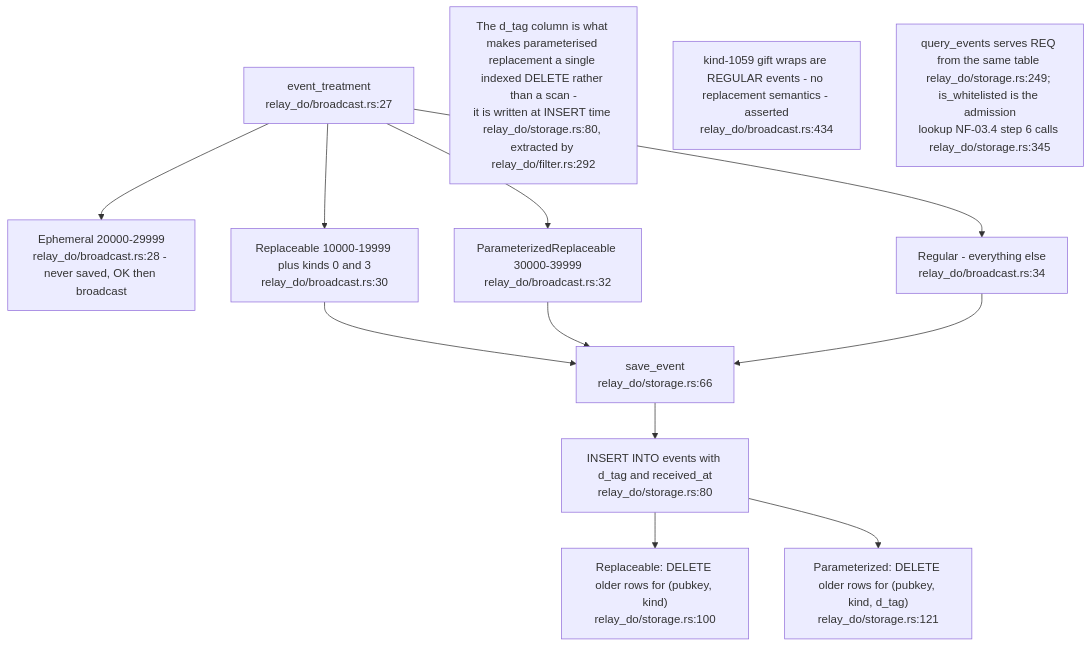
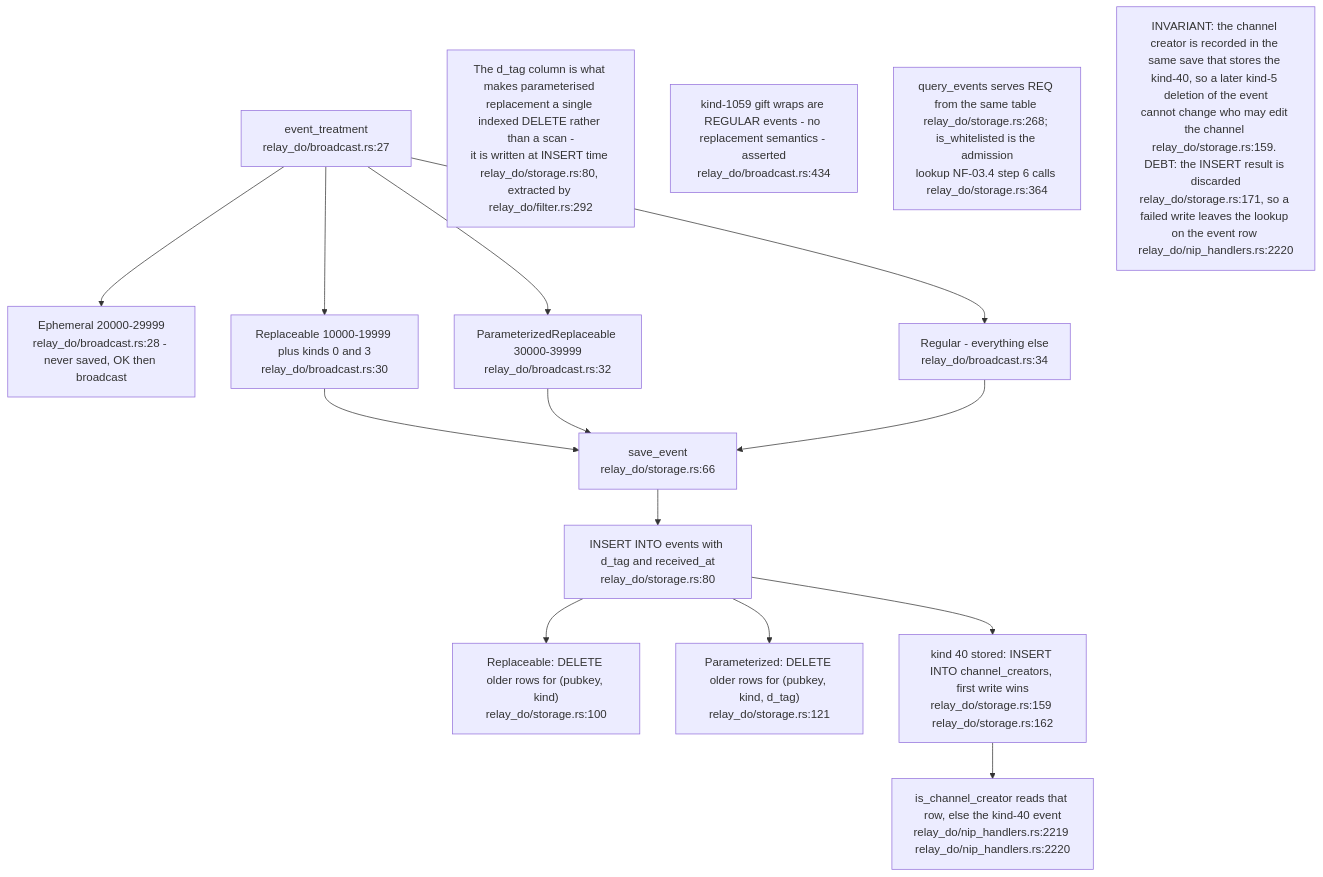
One commit to DreamLab-AI/VisionFlow changed the third of 16 diagrams in docs/diagrams/nostr-rust-forum/11-relay-durable-object-internals.md. Above: the diagram before and after it, drawn with Mermaid. The commit also changed other lines of this file and 26 other files, not shown here.

First line of the commit message:
docs(diagrams): re-verify solid-pod-rs, nostr-rust-forum and visionclaw 22/36 against HEAD

````diff
--- a/docs/diagrams/nostr-rust-forum/11-relay-durable-object-internals.md
+++ b/docs/diagrams/nostr-rust-forum/11-relay-durable-object-internals.md
@@ -104,22 +104,26 @@
 ```mermaid
 flowchart TB
     T["event_treatment<br/>relay_do/broadcast.rs:27"]
     EPH["Ephemeral 20000-29999<br/>relay_do/broadcast.rs:28 - never saved, OK then broadcast"]
     REP["Replaceable 10000-19999 plus kinds 0 and 3<br/>relay_do/broadcast.rs:30"]
     PAR["ParameterizedReplaceable 30000-39999<br/>relay_do/broadcast.rs:32"]
     REG["Regular - everything else<br/>relay_do/broadcast.rs:34"]
     SAVE["save_event<br/>relay_do/storage.rs:66"]
     INS["INSERT INTO events with d_tag and received_at<br/>relay_do/storage.rs:80"]
     D1D["Replaceable: DELETE older rows for (pubkey, kind)<br/>relay_do/storage.rs:100"]
     D2D["Parameterized: DELETE older rows for (pubkey, kind, d_tag)<br/>relay_do/storage.rs:121"]
+    CRE["kind 40 stored: INSERT INTO channel_creators, first write wins<br/>relay_do/storage.rs:159 relay_do/storage.rs:162"]
+    ISCC["is_channel_creator reads that row, else the kind-40 event<br/>relay_do/nip_handlers.rs:2219 relay_do/nip_handlers.rs:2220"]
 
     T --> EPH & REP & PAR & REG
     REP --> SAVE --> INS --> D1D
     PAR --> SAVE
     INS --> D2D
     REG --> SAVE
+    INS --> CRE --> ISCC
 
     N1["The d_tag column is what makes parameterised replacement a single indexed DELETE rather than a scan -<br/>it is written at INSERT time relay_do/storage.rs:80, extracted by relay_do/filter.rs:292"]
     N2["kind-1059 gift wraps are REGULAR events - no replacement semantics - asserted<br/>relay_do/broadcast.rs:434"]
-    N3["query_events serves REQ from the same table relay_do/storage.rs:249; is_whitelisted is the admission<br/>lookup NF-03.4 step 6 calls relay_do/storage.rs:345"]
+    N3["query_events serves REQ from the same table relay_do/storage.rs:268; is_whitelisted is the admission<br/>lookup NF-03.4 step 6 calls relay_do/storage.rs:364"]
+    N4["INVARIANT: the channel creator is recorded in the same save that stores the kind-40, so a later kind-5 deletion of the event<br/>cannot change who may edit the channel relay_do/storage.rs:159. DEBT: the INSERT result is discarded<br/>relay_do/storage.rs:171, so a failed write leaves the lookup on the event row relay_do/nip_handlers.rs:2220"]
 ```
````
